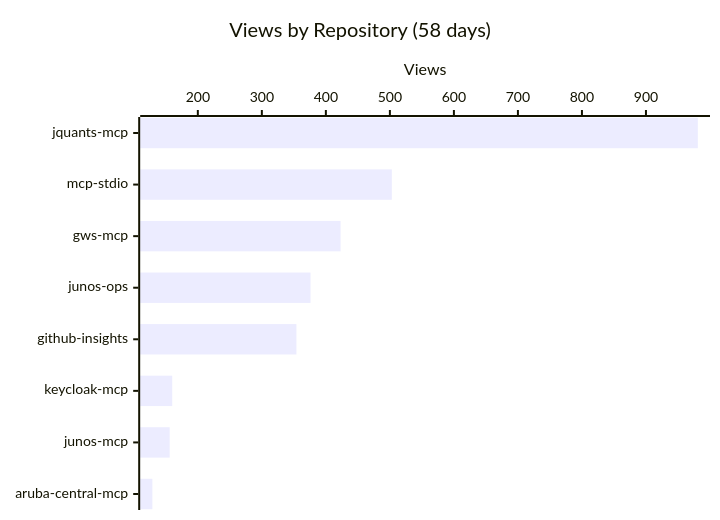
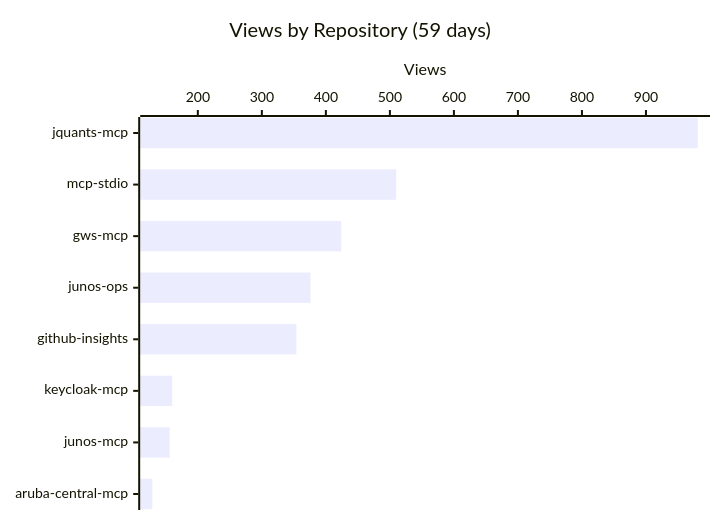
One commit to shigechika/github-insights changed the first of 3 diagrams in README.md. Above: the diagram before and after it, drawn with Mermaid. The commit also changed other lines of this file and 2 other files, not shown here.

````diff
--- a/README.md
+++ b/README.md
@@ -18,7 +18,7 @@
 ```mermaid
 xychart-beta horizontal
-    title "Views by Repository (58 days)"
+    title "Views by Repository (59 days)"
     x-axis ["jquants-mcp", "mcp-stdio", "gws-mcp", "junos-ops", "github-insights", "keycloak-mcp", "junos-mcp", "aruba-central-mcp"]
     y-axis "Views"
-    bar [981, 503, 423, 376, 354, 160, 156, 129]
+    bar [981, 510, 424, 376, 354, 160, 156, 129]
 ```
````
